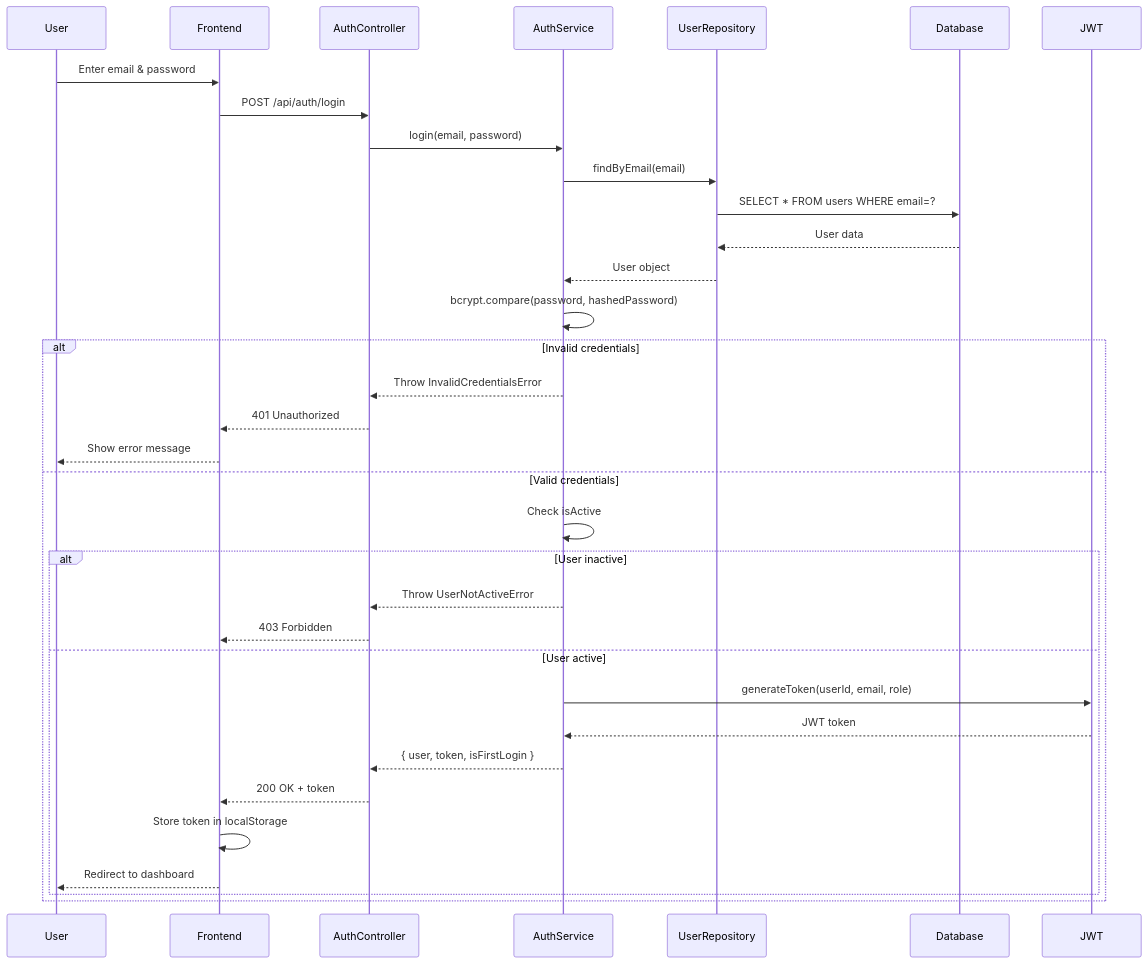
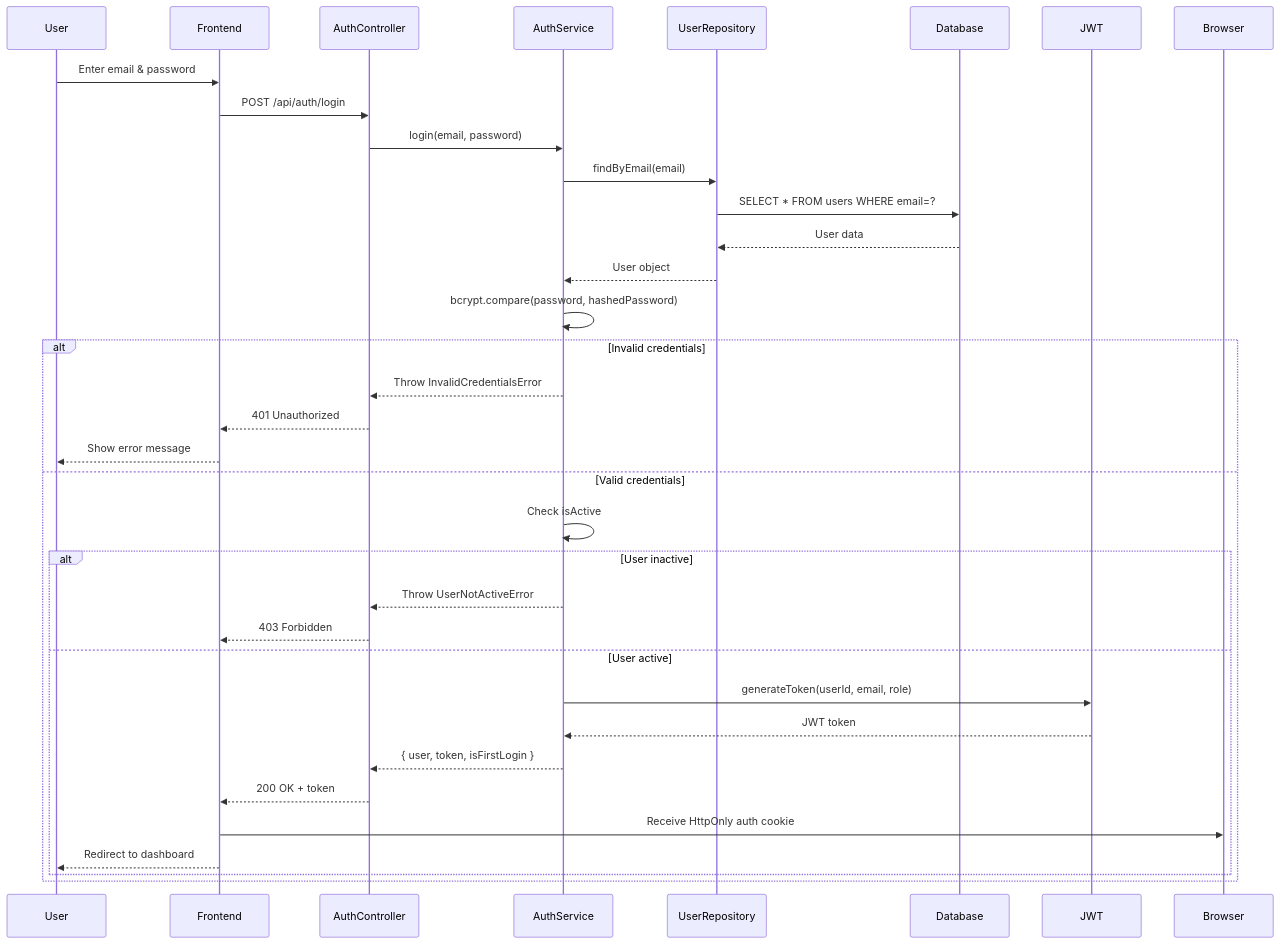
The fourth of 7 diagrams in README.md (owais-aitf/vercel-frontend-deploy), drawn with Mermaid before and after one commit. The commit also changed other lines of this file and 11 other files, not shown here.

First line of the commit message:
eat(auth): migrate client to backend-managed HttpOnly cookies

````diff
--- a/README.md
+++ b/README.md
@@ -590,38 +582,38 @@
 ```mermaid
 sequenceDiagram
     participant User
     participant Frontend
     participant AuthController
     participant AuthService
     participant UserRepository
     participant Database
     participant JWT
 
     User->>Frontend: Enter email & password
     Frontend->>AuthController: POST /api/auth/login
     AuthController->>AuthService: login(email, password)
     AuthService->>UserRepository: findByEmail(email)
     UserRepository->>Database: SELECT * FROM users WHERE email=?
     Database-->>UserRepository: User data
     UserRepository-->>AuthService: User object
 
     AuthService->>AuthService: bcrypt.compare(password, hashedPassword)
     alt Invalid credentials
         AuthService-->>AuthController: Throw InvalidCredentialsError
         AuthController-->>Frontend: 401 Unauthorized
         Frontend-->>User: Show error message
     else Valid credentials
         AuthService->>AuthService: Check isActive
         alt User inactive
             AuthService-->>AuthController: Throw UserNotActiveError
             AuthController-->>Frontend: 403 Forbidden
         else User active
             AuthService->>JWT: generateToken(userId, email, role)
             JWT-->>AuthService: JWT token
             AuthService-->>AuthController: { user, token, isFirstLogin }
             AuthController-->>Frontend: 200 OK + token
-            Frontend->>Frontend: Store token in localStorage
+    Frontend->>Browser: Receive HttpOnly auth cookie
             Frontend-->>User: Redirect to dashboard
         end
     end
 ```
````
